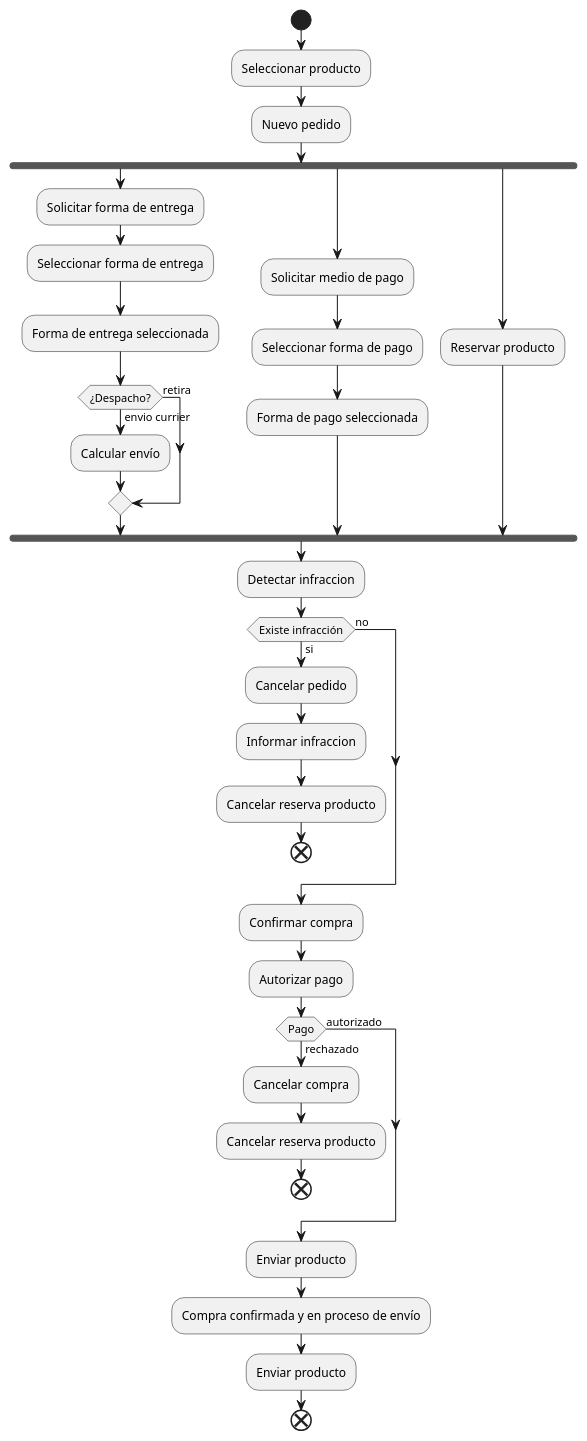
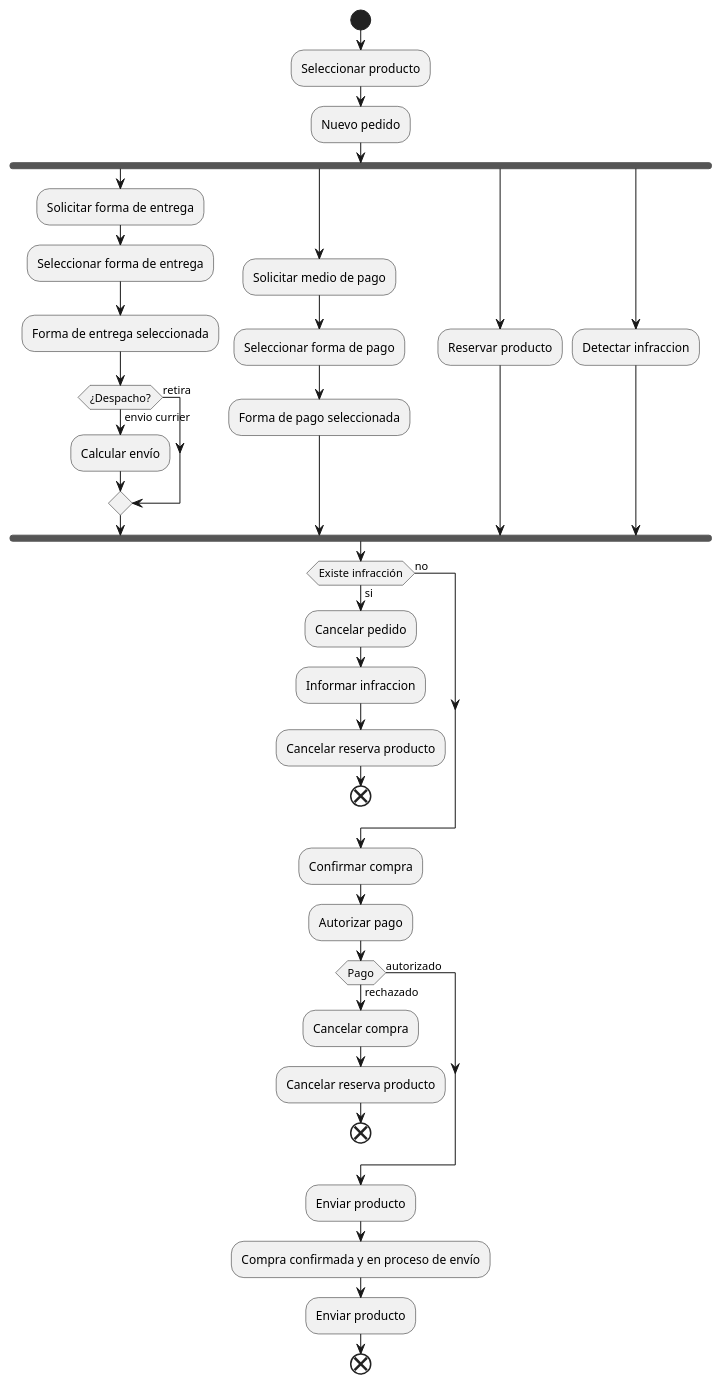
One commit to Ramiro1414/livre-markket changed the diagram in workflow-parte-2-paralelismo.puml. Above: the diagram before and after it, drawn with PlantUML. The commit also changed 4 other files, not shown here.

```diff
--- a/workflow-parte-2-paralelismo.puml
+++ b/workflow-parte-2-paralelismo.puml
@@ -1,45 +1,46 @@
 @startuml
 Start
 :Seleccionar producto;
 :Nuevo pedido;
 fork
   :Solicitar forma de entrega;
   :Seleccionar forma de entrega;
   :Forma de entrega seleccionada;
   if (¿Despacho?) then (envio currier)
     :Calcular envío;
   else (retira)
     
   endif
 fork again
   :Solicitar medio de pago;
   :Seleccionar forma de pago;
   :Forma de pago seleccionada;
 fork again
   :Reservar producto;
+fork again
+  :Detectar infraccion;
 end fork
-:Detectar infraccion;
 if (Existe infracción) then (si)
-:Cancelar pedido;
-:Informar infraccion;
-:Cancelar reserva producto;
-end
-else (no)
+  :Cancelar pedido;
+  :Informar infraccion;
+  :Cancelar reserva producto;
+  end
+  else (no)
 
-endif
+  endif
 :Confirmar compra;
 :Autorizar pago;
 if (Pago) then (rechazado)
 :Cancelar compra;
 :Cancelar reserva producto;
 end
 
 else (autorizado)
 
 endif
 :Enviar producto;
 :Compra confirmada y en proceso de envío;
 :Enviar producto;
 end
 
 @enduml
```
